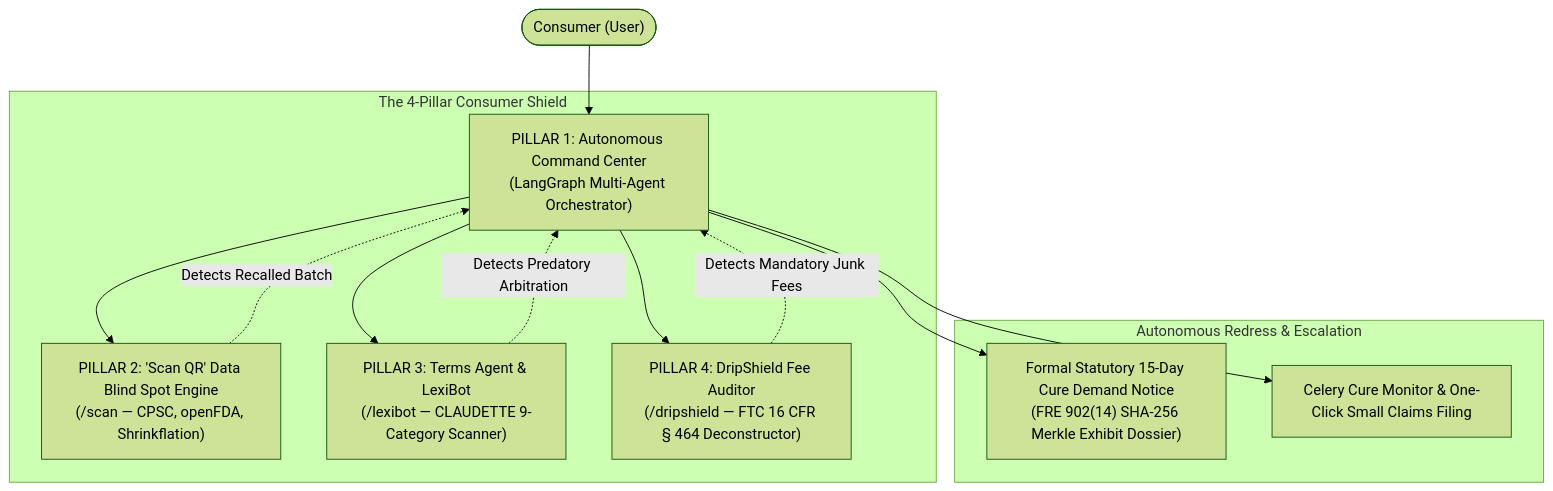
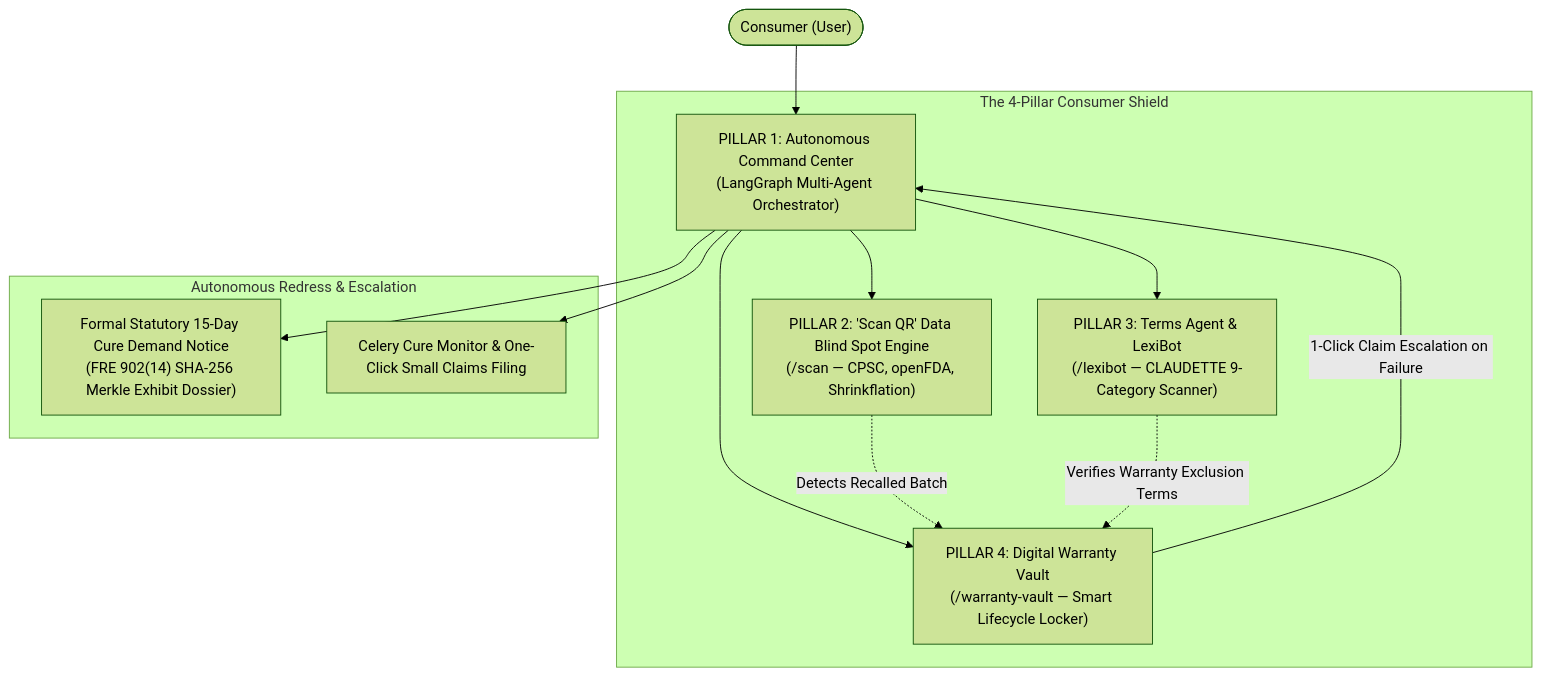
Before and after one commit to Akshit99999/Hackops-CR: the diagram in README.md, drawn with Mermaid (forest theme). The commit also changed other lines of this file, not shown here.

Commit message:
docs: add Digital Warranty Vault (Feature 4) and comprehensive UI recreation prompt

````diff
--- a/README.md
+++ b/README.md
@@ -97,18 +106,18 @@
 ```mermaid
 flowchart TD
     User(["Consumer (User)"]) --> CC["PILLAR 1: Autonomous Command Center\n(LangGraph Multi-Agent Orchestrator)"]
 
     subgraph DefensePillars["The 4-Pillar Consumer Shield"]
         CC --> P2["PILLAR 2: 'Scan QR' Data Blind Spot Engine\n(/scan — CPSC, openFDA, Shrinkflation)"]
         CC --> P3["PILLAR 3: Terms Agent & LexiBot\n(/lexibot — CLAUDETTE 9-Category Scanner)"]
-        CC --> P4["PILLAR 4: DripShield Fee Auditor\n(/dripshield — FTC 16 CFR § 464 Deconstructor)"]
+        CC --> P4["PILLAR 4: Digital Warranty Vault\n(/warranty-vault — Smart Lifecycle Locker)"]
     end
 
     subgraph RedressPipeline["Autonomous Redress & Escalation"]
-        P2 -.->|Detects Recalled Batch| CC
-        P3 -.->|Detects Predatory Arbitration| CC
-        P4 -.->|Detects Mandatory Junk Fees| CC
+        P4 -->|1-Click Claim Escalation on Failure| CC
+        P2 -.->|Detects Recalled Batch| P4
+        P3 -.->|Verifies Warranty Exclusion Terms| P4
         CC --> Notice["Formal Statutory 15-Day Cure Demand Notice\n(FRE 902(14) SHA-256 Merkle Exhibit Dossier)"]
         CC --> Escalate["Celery Cure Monitor & One-Click Small Claims Filing"]
     end
 ```
````
